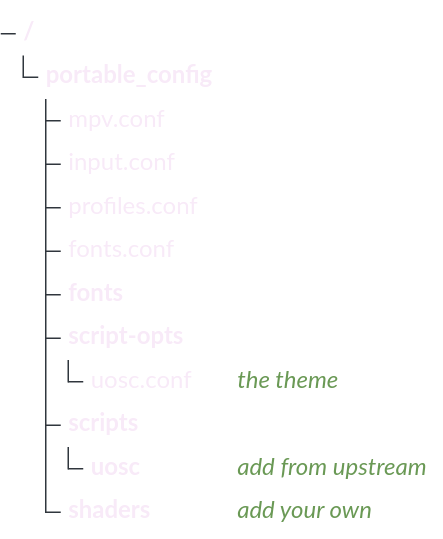
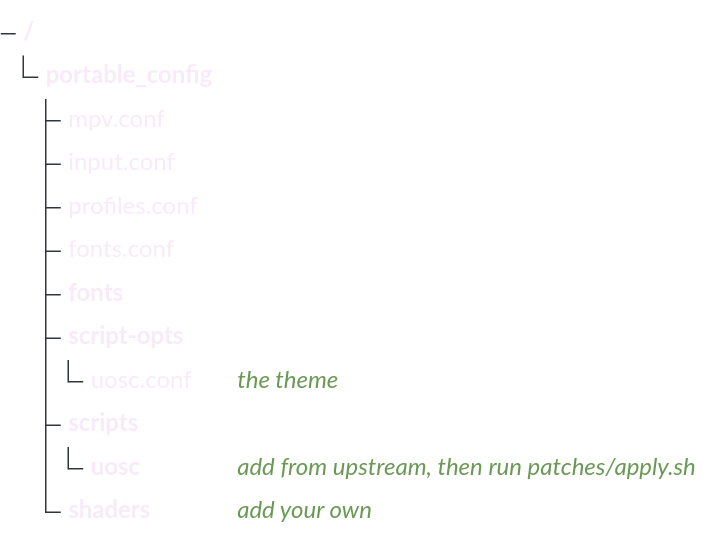
The first of 2 diagrams in README.md (v-amorim/mpv), drawn with Mermaid before and after one commit. The commit also changed other lines of this file and 1 other file, not shown here.

First line of the commit message:
docs: cover the menu, its syntax and the uosc patch

````diff
--- a/README.md
+++ b/README.md
@@ -18,15 +18,15 @@
 ```mermaid
 %%{init: {"theme": "base", "themeVariables": {"darkMode": true, "background": "#0d0e17", "textColor": "#f8eaf8", "treeView": {"labelColor": "#f8eaf8", "lineColor": "#30363d", "iconColor": "#8b949e"}}}}%%
 treeView-beta
 portable_config/
     mpv.conf
     input.conf
     profiles.conf
     fonts.conf
     fonts/
     script-opts/
         uosc.conf ## the theme
     scripts/
-        uosc/ ## add from upstream
+        uosc/ ## add from upstream, then run patches/apply.sh
     shaders/ ## add your own
 ```
````
